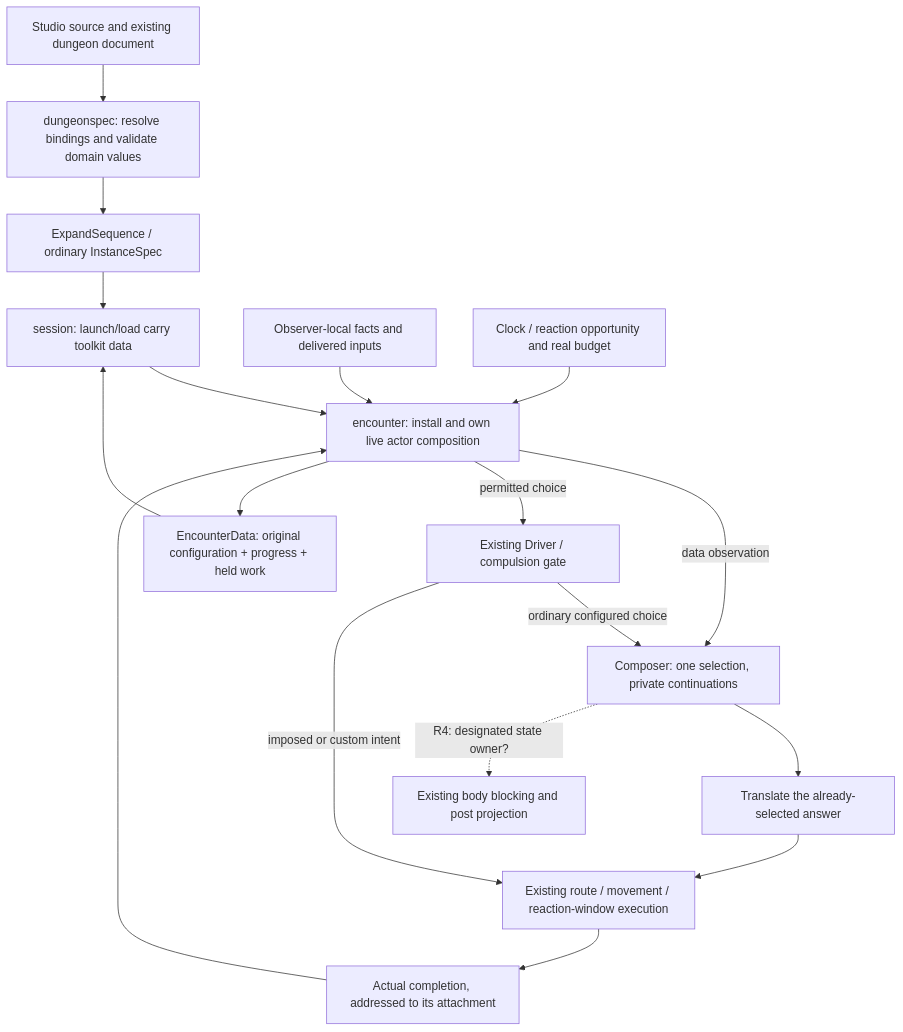
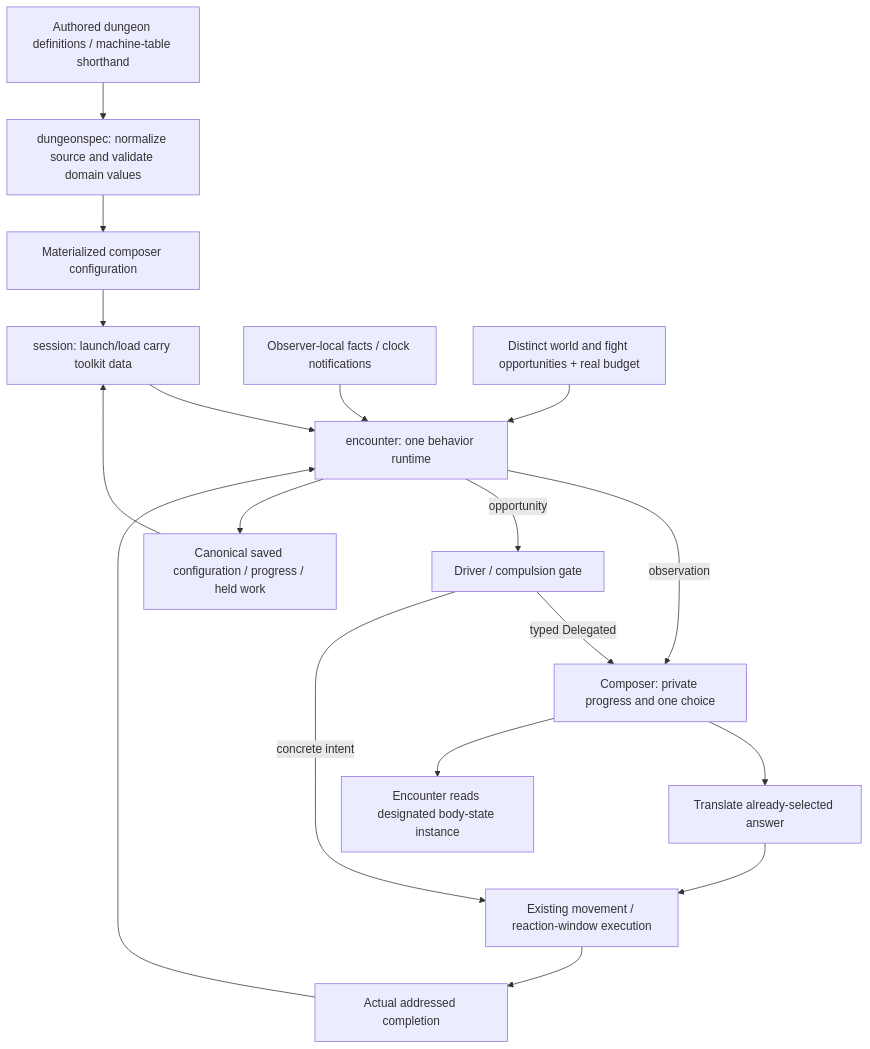
One commit to KirkDiggler/rpg-project changed the diagram in ideas/behavior-bindings/consumer-design.md. Above: the diagram before and after it, drawn with Mermaid. The commit also changed other lines of this file and 4 other files, not shown here.

````diff
--- a/ideas/behavior-bindings/consumer-design.md
+++ b/ideas/behavior-bindings/consumer-design.md
@@ -5,20 +5,20 @@
 ```mermaid
 flowchart TD
-    A["Studio source and existing dungeon document"] --> B["dungeonspec: resolve bindings and validate domain values"]
-    B --> X["ExpandSequence / ordinary InstanceSpec"]
+    A["Authored dungeon definitions / machine-table shorthand"] --> B["dungeonspec: normalize source and validate domain values"]
+    B --> X["Materialized composer configuration"]
     X --> L["session: launch/load carry toolkit data"]
-    L --> E["encounter: install and own live actor composition"]
-    K["Observer-local facts and delivered inputs"] --> E
-    Q["Clock / reaction opportunity and real budget"] --> E
-    E -->|data observation| C["Composer: one selection, private continuations"]
-    E -->|permitted choice| G["Existing Driver / compulsion gate"]
-    G -->|ordinary configured choice| C
-    G -->|imposed or custom intent| W
-    C --> I["Translate the already-selected answer"]
-    I --> W["Existing route / movement / reaction-window execution"]
-    W --> F["Actual completion, addressed to its attachment"]
+    L --> E["encounter: one behavior runtime"]
+    K["Observer-local facts / clock notifications"] --> E
+    Q["Distinct world and fight opportunities + real budget"] --> E
+    E -->|observation| C["Composer: private progress and one choice"]
+    E -->|opportunity| G["Driver / compulsion gate"]
+    G -->|typed Delegated| C
+    G -->|concrete intent| W["Existing movement / reaction-window execution"]
+    C --> I["Translate already-selected answer"]
+    I --> W
+    C --> P["Encounter reads designated body-state instance"]
+    W --> F["Actual addressed completion"]
     F --> E
-    E --> S["EncounterData: original configuration + progress + held work"]
+    E --> S["Canonical saved configuration / progress / held work"]
     S --> L
-    C -. "R4: designated state owner?" .-> P["Existing body blocking and post projection"]
 ```
````
